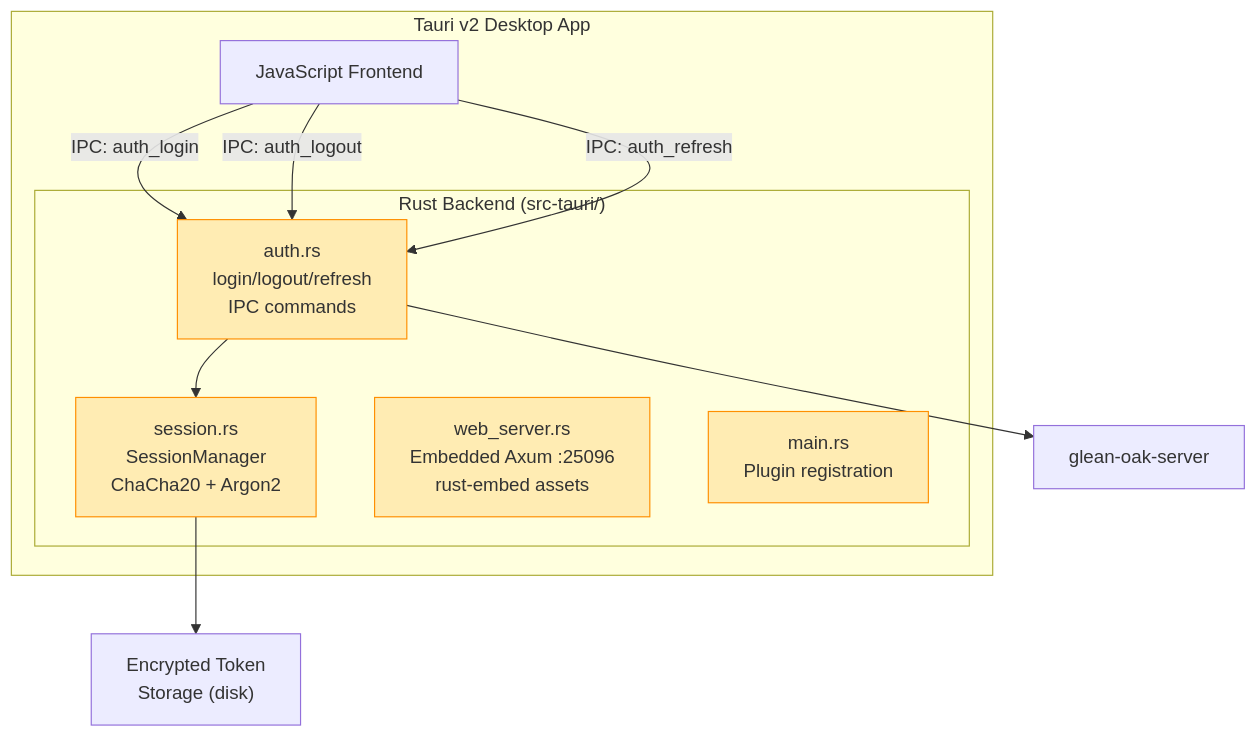
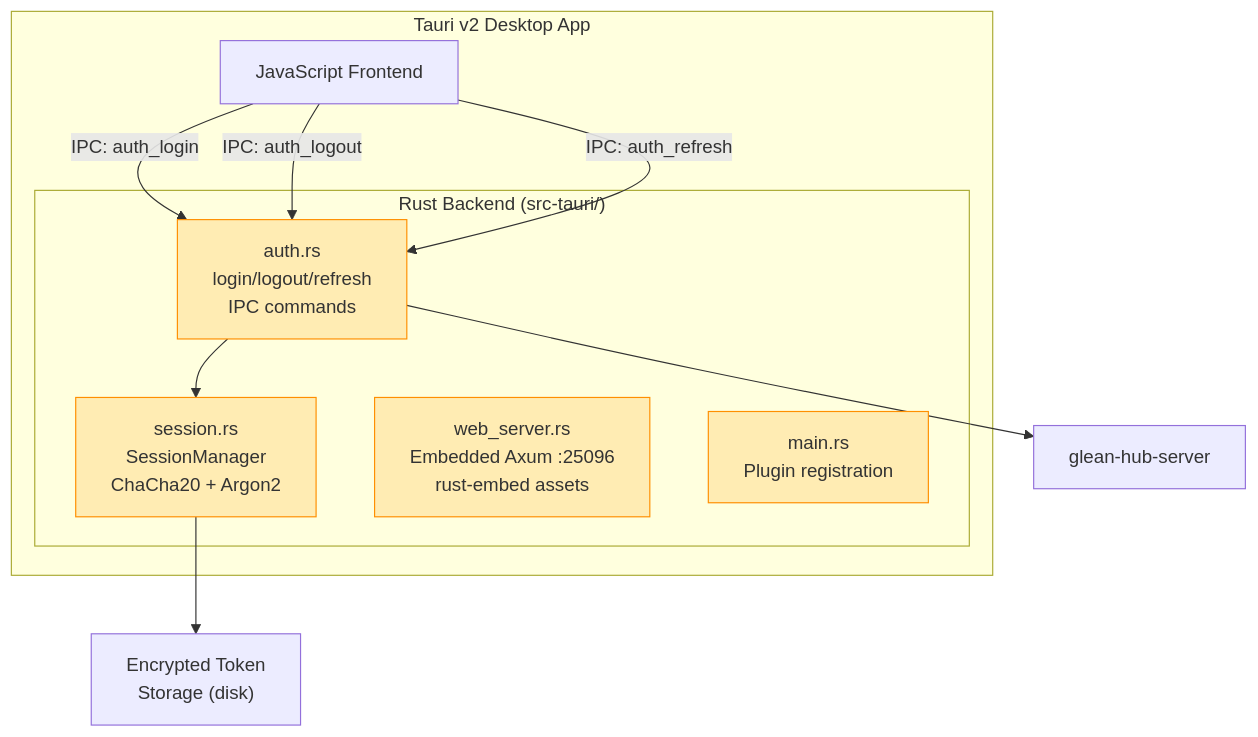
One commit to loidinhm31/money-insight changed diagram 14 of 14 in docs/architecture.md. Above: the diagram before and after it, drawn with Mermaid. The commit also changed other lines of this file and 23 other files, not shown here.

Commit message:
refactor(sync): migrate to @glean-hub/sync-client-types

````diff
--- a/docs/architecture.md
+++ b/docs/architecture.md
@@ -700,23 +700,23 @@
 ```mermaid
 flowchart TB
     subgraph TauriApp["Tauri v2 Desktop App"]
         JS["JavaScript Frontend"]
 
         subgraph RustBackend["Rust Backend (src-tauri/)"]
             Auth["auth.rs<br/>login/logout/refresh<br/>IPC commands"]
             Session["session.rs<br/>SessionManager<br/>ChaCha20 + Argon2"]
             WebSrv["web_server.rs<br/>Embedded Axum :25096<br/>rust-embed assets"]
             Main["main.rs<br/>Plugin registration"]
         end
     end
 
     JS -->|"IPC: auth_login"| Auth
     JS -->|"IPC: auth_logout"| Auth
     JS -->|"IPC: auth_refresh"| Auth
     Auth --> Session
     Session --> EncStore["Encrypted Token<br/>Storage (disk)"]
-    Auth --> QmServer["glean-oak-server"]
+    Auth --> QmServer["glean-hub-server"]
 
     classDef rust fill:#ffecb3,stroke:#ff8f00
     class Auth,Session,WebSrv,Main rust
 ```
````
